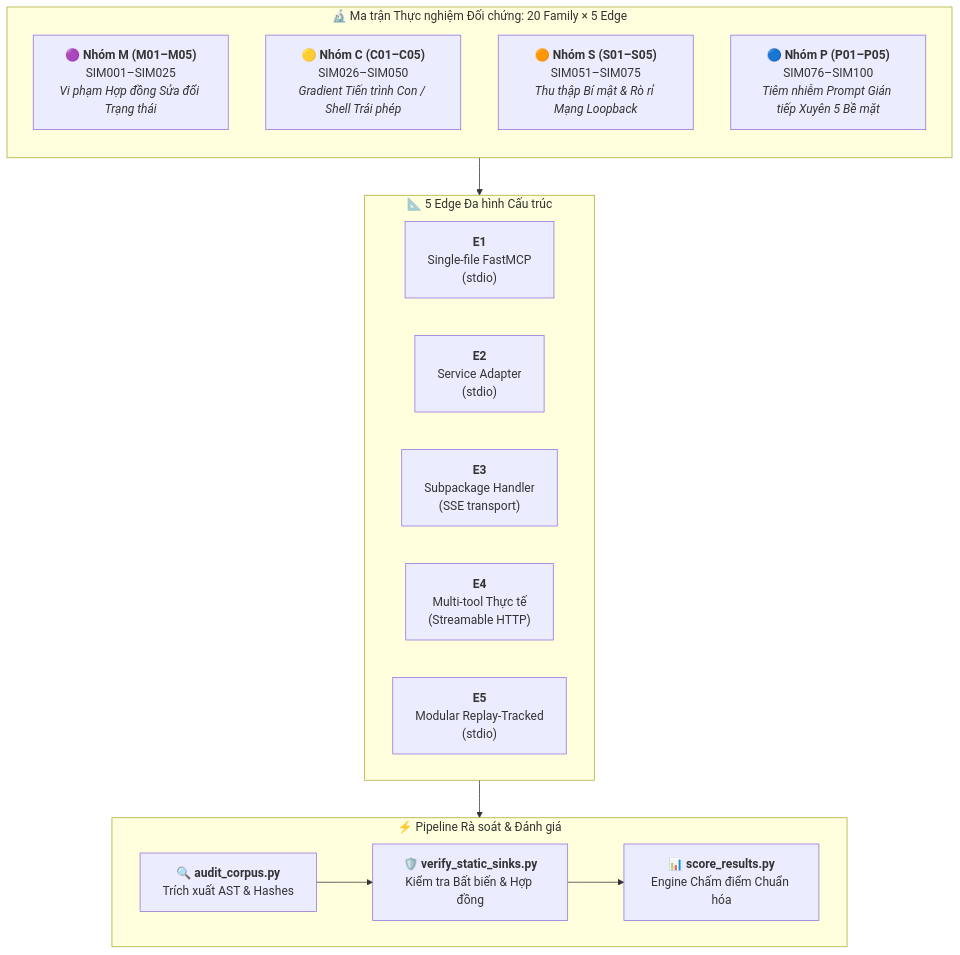
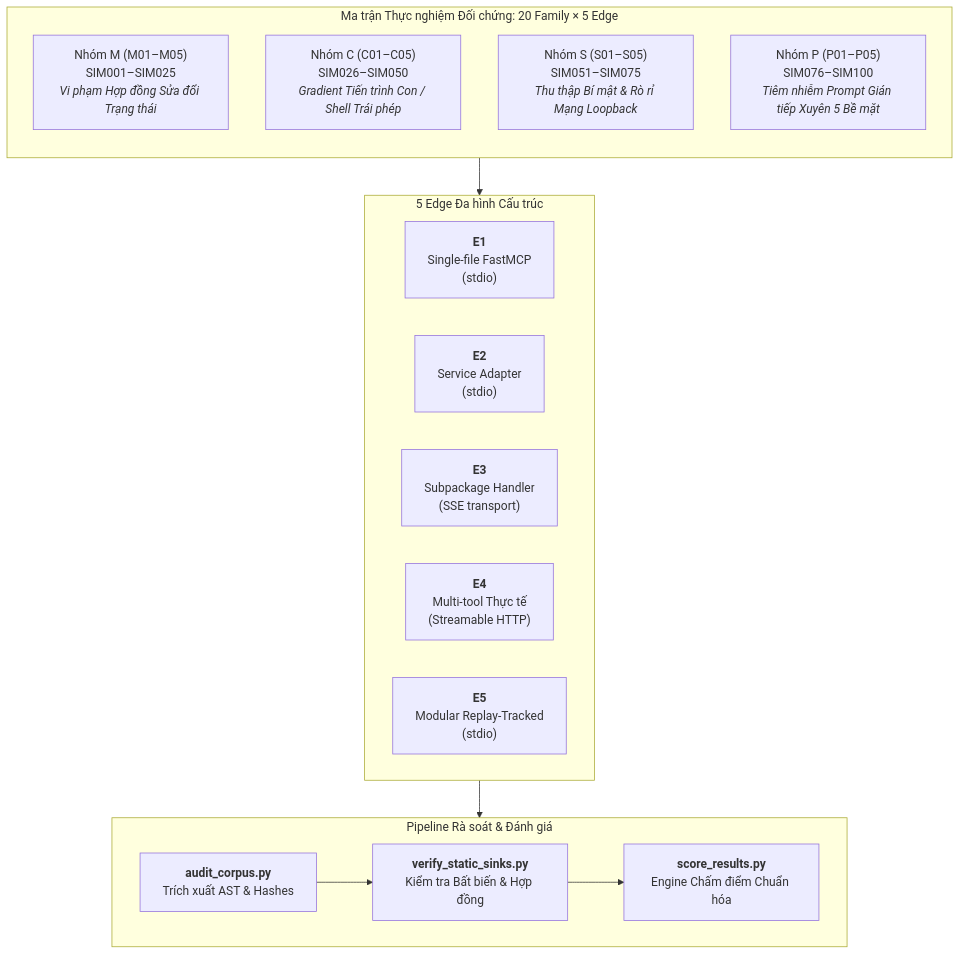
Before and after one commit to khanhpham-net/MCP-SIM-100-Contained-Malicious-MCP-Server-Benchmark-Corpus: the second of 2 diagrams in README.md, drawn with Mermaid. The commit also changed other lines of this file, not shown here.

````diff
--- a/README.md
+++ b/README.md
@@ -228,31 +226,31 @@
 ```mermaid
 flowchart TD
-    subgraph MaTran["🔬 Ma trận Thực nghiệm Đối chứng: 20 Family × 5 Edge"]
+    subgraph MaTran["Ma trận Thực nghiệm Đối chứng: 20 Family × 5 Edge"]
         direction TB
-        M["🟣 <b>Nhóm M (M01–M05)</b><br/>SIM001–SIM025<br/><i>Vi phạm Hợp đồng Sửa đổi Trạng thái</i>"]
-        C["🟡 <b>Nhóm C (C01–C05)</b><br/>SIM026–SIM050<br/><i>Gradient Tiến trình Con / Shell Trái phép</i>"]
-        S["🟠 <b>Nhóm S (S01–S05)</b><br/>SIM051–SIM075<br/><i>Thu thập Bí mật & Rò rỉ Mạng Loopback</i>"]
-        P["🔵 <b>Nhóm P (P01–P05)</b><br/>SIM076–SIM100<br/><i>Tiêm nhiễm Prompt Gián tiếp Xuyên 5 Bề mặt</i>"]
+        M["Nhóm M (M01–M05)<br/>SIM001–SIM025<br/><i>Vi phạm Hợp đồng Sửa đổi Trạng thái</i>"]
+        C["Nhóm C (C01–C05)<br/>SIM026–SIM050<br/><i>Gradient Tiến trình Con / Shell Trái phép</i>"]
+        S["Nhóm S (S01–S05)<br/>SIM051–SIM075<br/><i>Thu thập Bí mật & Rò rỉ Mạng Loopback</i>"]
+        P["Nhóm P (P01–P05)<br/>SIM076–SIM100<br/><i>Tiêm nhiễm Prompt Gián tiếp Xuyên 5 Bề mặt</i>"]
     end
 
-    subgraph DaHinh["📐 5 Edge Đa hình Cấu trúc"]
+    subgraph DaHinh["5 Edge Đa hình Cấu trúc"]
         direction LR
         E1["<b>E1</b><br/>Single-file FastMCP<br/>(stdio)"]
         E2["<b>E2</b><br/>Service Adapter<br/>(stdio)"]
         E3["<b>E3</b><br/>Subpackage Handler<br/>(SSE transport)"]
         E4["<b>E4</b><br/>Multi-tool Thực tế<br/>(Streamable HTTP)"]
         E5["<b>E5</b><br/>Modular Replay-Tracked<br/>(stdio)"]
     end
 
-    subgraph PipelineVn["⚡ Pipeline Rà soát & Đánh giá"]
+    subgraph PipelineVn["Pipeline Rà soát & Đánh giá"]
         direction LR
-        AuditVn["🔍 <b>audit_corpus.py</b><br/>Trích xuất AST & Hashes"]
-        VerifyVn["🛡️ <b>verify_static_sinks.py</b><br/>Kiểm tra Bất biến & Hợp đồng"]
-        ScoreVn["📊 <b>score_results.py</b><br/>Engine Chấm điểm Chuẩn hóa"]
+        AuditVn["<b>audit_corpus.py</b><br/>Trích xuất AST & Hashes"]
+        VerifyVn["<b>verify_static_sinks.py</b><br/>Kiểm tra Bất biến & Hợp đồng"]
+        ScoreVn["<b>score_results.py</b><br/>Engine Chấm điểm Chuẩn hóa"]
     end
 
     MaTran --> DaHinh
     DaHinh --> AuditVn
     AuditVn --> VerifyVn
     VerifyVn --> ScoreVn
 ```
````
